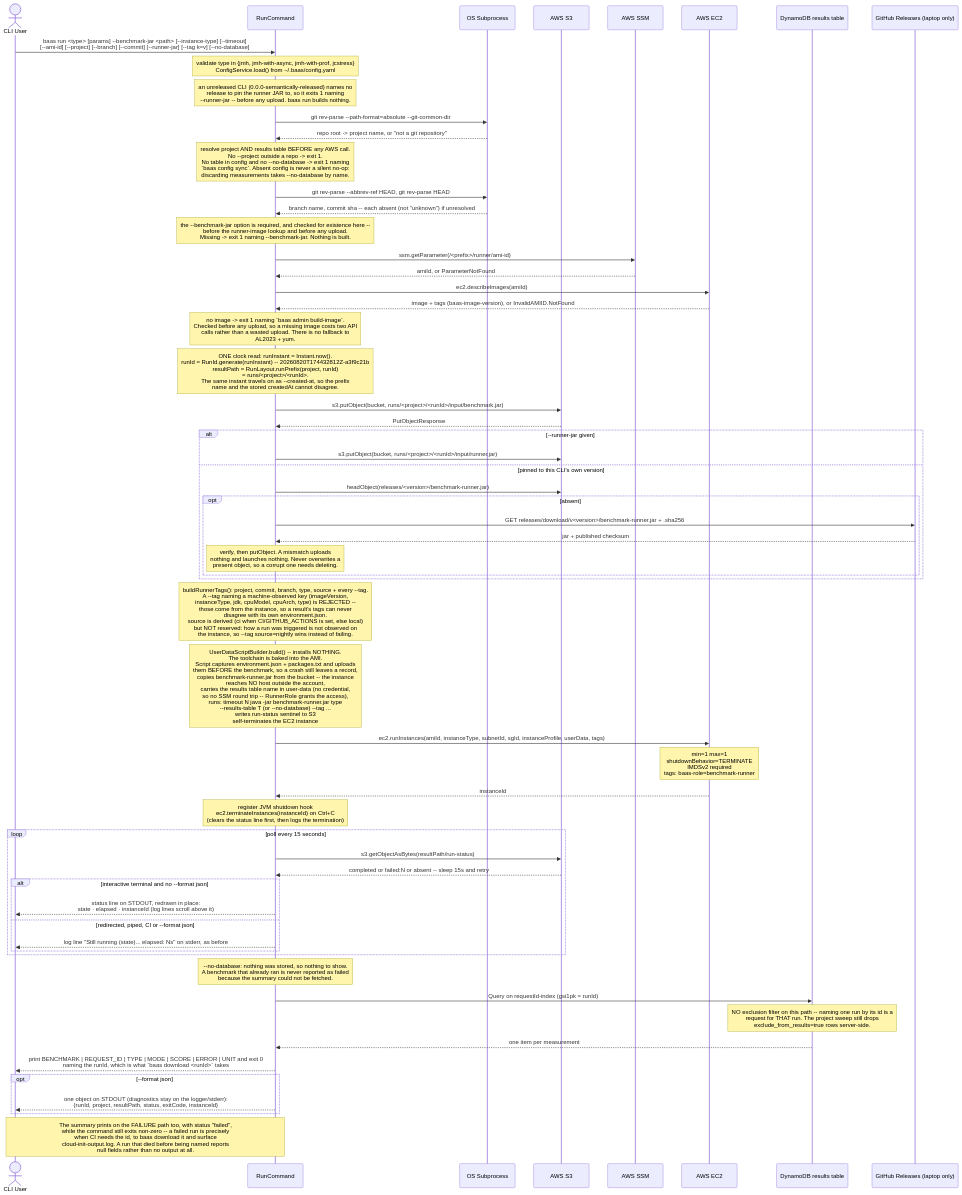
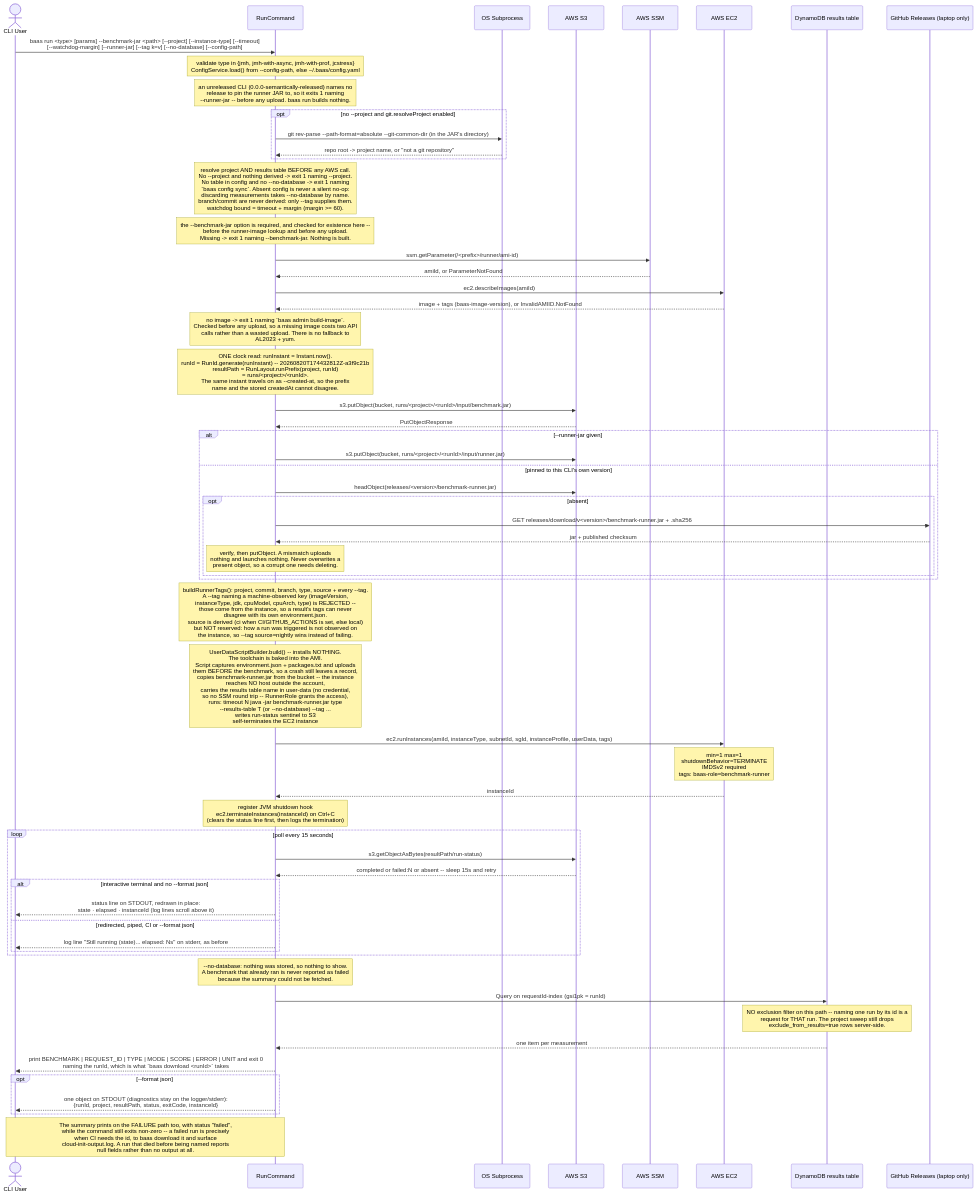
One commit to wsztajerowski/benchmark-as-a-service changed the diagram in docs/diagrams/baas-run.mmd. Above: the diagram before and after it, drawn with Mermaid. The commit also changed 47 other files, not shown here.

```diff
--- a/docs/diagrams/baas-run.mmd
+++ b/docs/diagrams/baas-run.mmd
@@ -1,61 +1,61 @@
 sequenceDiagram
     actor User as CLI User
     participant RC as RunCommand
     participant Sub as OS Subprocess
     participant S3 as AWS S3
     participant SSM as AWS SSM
     participant EC2 as AWS EC2
     participant DDB as DynamoDB results table
     participant GH as GitHub Releases (laptop only)
 
-    User->>RC: baas run <type> [params] --benchmark-jar <path> [--instance-type] [--timeout]<br/>[--ami-id] [--project] [--branch] [--commit] [--runner-jar] [--tag k=v] [--no-database]
-    Note over RC: validate type in {jmh, jmh-with-async, jmh-with-prof, jcstress}<br/>ConfigService.load() from ~/.baas/config.yaml
+    User->>RC: baas run <type> [params] --benchmark-jar <path> [--project] [--instance-type] [--timeout]<br/>[--watchdog-margin] [--runner-jar] [--tag k=v] [--no-database] [--config-path]
+    Note over RC: validate type in {jmh, jmh-with-async, jmh-with-prof, jcstress}<br/>ConfigService.load() from --config-path, else ~/.baas/config.yaml
     Note over RC: an unreleased CLI (0.0.0-semantically-released) names no<br/>release to pin the runner JAR to, so it exits 1 naming<br/>--runner-jar -- before any upload. baas run builds nothing.
-    RC->>Sub: git rev-parse --path-format=absolute --git-common-dir
-    Sub-->>RC: repo root -> project name, or "not a git repository"
-    Note over RC: resolve project AND results table BEFORE any AWS call.<br/>No --project outside a repo -> exit 1.<br/>No table in config and no --no-database -> exit 1 naming<br/>`baas config sync`. Absent config is never a silent no-op:<br/>discarding measurements takes --no-database by name.
-    RC->>Sub: git rev-parse --abbrev-ref HEAD, git rev-parse HEAD
-    Sub-->>RC: branch name, commit sha -- each absent (not "unknown") if unresolved
+    opt no --project and git.resolveProject enabled
+        RC->>Sub: git rev-parse --path-format=absolute --git-common-dir (in the JAR's directory)
+        Sub-->>RC: repo root -> project name, or "not a git repository"
+    end
+    Note over RC: resolve project AND results table BEFORE any AWS call.<br/>No --project and nothing derived -> exit 1 naming --project.<br/>No table in config and no --no-database -> exit 1 naming<br/>`baas config sync`. Absent config is never a silent no-op:<br/>discarding measurements takes --no-database by name.<br/>branch/commit are never derived: only --tag supplies them.<br/>watchdog bound = timeout + margin (margin >= 60).
     Note over RC: the --benchmark-jar option is required, and checked for existence here --<br/>before the runner-image lookup and before any upload.<br/>Missing -> exit 1 naming --benchmark-jar. Nothing is built.
     RC->>SSM: ssm.getParameter(/<prefix>/runner/ami-id)
     SSM-->>RC: amiId, or ParameterNotFound
     RC->>EC2: ec2.describeImages(amiId)
     EC2-->>RC: image + tags (baas-image-version), or InvalidAMIID.NotFound
     Note over RC: no image -> exit 1 naming `baas admin build-image`.<br/>Checked before any upload, so a missing image costs two API<br/>calls rather than a wasted upload. There is no fallback to<br/>AL2023 + yum.
     Note over RC: ONE clock read: runInstant = Instant.now().<br/>runId = RunId.generate(runInstant) -- 20260820T174432812Z-a3f9c21b<br/>resultPath = RunLayout.runPrefix(project, runId)<br/>= runs/<project>/<runId>.<br/>The same instant travels on as --created-at, so the prefix<br/>name and the stored createdAt cannot disagree.
     RC->>S3: s3.putObject(bucket, runs/<project>/<runId>/input/benchmark.jar)
     S3-->>RC: PutObjectResponse
     alt --runner-jar given
         RC->>S3: s3.putObject(bucket, runs/<project>/<runId>/input/runner.jar)
     else pinned to this CLI's own version
         RC->>S3: headObject(releases/<version>/benchmark-runner.jar)
         opt absent
             RC->>GH: GET releases/download/v<version>/benchmark-runner.jar + .sha256
             GH-->>RC: jar + published checksum
             Note over RC: verify, then putObject. A mismatch uploads<br/>nothing and launches nothing. Never overwrites a<br/>present object, so a corrupt one needs deleting.
         end
     end
     Note over RC: buildRunnerTags(): project, commit, branch, type, source + every --tag.<br/>A --tag naming a machine-observed key (imageVersion,<br/>instanceType, jdk, cpuModel, cpuArch, type) is REJECTED --<br/>those come from the instance, so a result's tags can never<br/>disagree with its own environment.json.<br/>source is derived (ci when CI/GITHUB_ACTIONS is set, else local)<br/>but NOT reserved: how a run was triggered is not observed on<br/>the instance, so --tag source=nightly wins instead of failing.
     Note over RC: UserDataScriptBuilder.build() -- installs NOTHING.<br/>The toolchain is baked into the AMI.<br/>Script captures environment.json + packages.txt and uploads<br/>them BEFORE the benchmark, so a crash still leaves a record,<br/>copies benchmark-runner.jar from the bucket -- the instance<br/>reaches NO host outside the account,<br/>carries the results table name in user-data (no credential,<br/>so no SSM round trip -- RunnerRole grants the access),<br/>runs: timeout N java -jar benchmark-runner.jar type<br/>--results-table T (or --no-database) --tag ... <br/>writes run-status sentinel to S3<br/>self-terminates the EC2 instance
     RC->>EC2: ec2.runInstances(amiId, instanceType, subnetId, sgId, instanceProfile, userData, tags)
     Note over EC2: min=1 max=1<br/>shutdownBehavior=TERMINATE<br/>IMDSv2 required<br/>tags: baas-role=benchmark-runner
     EC2-->>RC: instanceId
     Note over RC: register JVM shutdown hook<br/>ec2.terminateInstances(instanceId) on Ctrl+C<br/>(clears the status line first, then logs the termination)
     loop poll every 15 seconds
         RC->>S3: s3.getObjectAsBytes(resultPath/run-status)
         S3-->>RC: completed or failed:N or absent -- sleep 15s and retry
         alt interactive terminal and no --format json
             RC-->>User: status line on STDOUT, redrawn in place:<br/>state · elapsed · instanceId (log lines scroll above it)
         else redirected, piped, CI or --format json
             RC-->>User: log line "Still running (state)... elapsed: Ns" on stderr, as before
         end
     end
     Note over RC: --no-database: nothing was stored, so nothing to show.<br/>A benchmark that already ran is never reported as failed<br/>because the summary could not be fetched.
     RC->>DDB: Query on requestId-index (gsi1pk = runId)
     Note over DDB: NO exclusion filter on this path -- naming one run by its id is a<br/>request for THAT run. The project sweep still drops<br/>exclude_from_results=true rows server-side.
     DDB-->>RC: one item per measurement
     RC-->>User: print BENCHMARK | REQUEST_ID | TYPE | MODE | SCORE | ERROR | UNIT and exit 0<br/>naming the runId, which is what `baas download <runId>` takes
     opt --format json
         RC-->>User: one object on STDOUT (diagnostics stay on the logger/stderr):<br/>{runId, project, resultPath, status, exitCode, instanceId}
     end
     Note over RC,User: The summary prints on the FAILURE path too, with status "failed",<br/>while the command still exits non-zero -- a failed run is precisely<br/>when CI needs the id, to baas download it and surface<br/>cloud-init-output.log. A run that died before being named reports<br/>null fields rather than no output at all.
```
